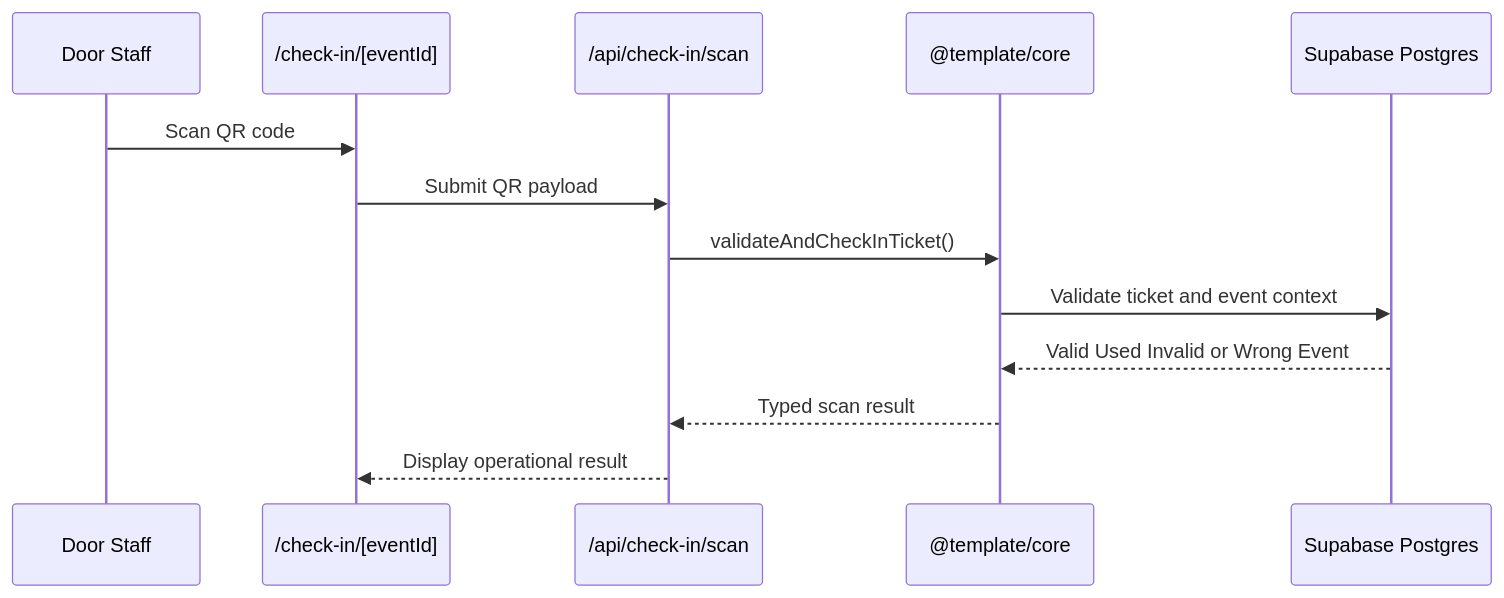
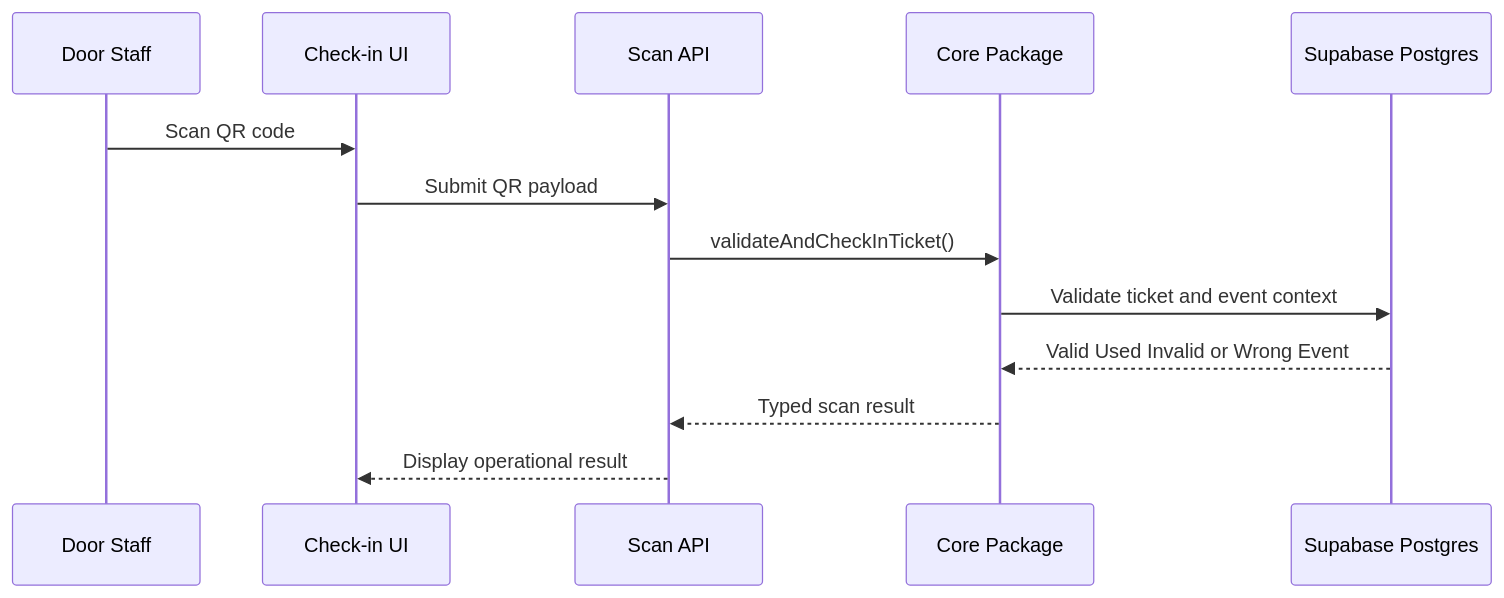
One commit to dtaborda/startup-saas-template changed the seventh of 8 diagrams in docs/tickets/salaticket-monorepo-architecture.md. Above: the diagram before and after it, drawn with Mermaid. The commit also changed other lines of this file, not shown here.

Commit message:
docs(tickets): fix Mermaid rendering compatibility

````diff
--- a/docs/tickets/salaticket-monorepo-architecture.md
+++ b/docs/tickets/salaticket-monorepo-architecture.md
@@ -285,16 +285,16 @@
 ```mermaid
 sequenceDiagram
     participant Staff as Door Staff
-    participant CheckinUI as /check-in/[eventId]
-    participant API as /api/check-in/scan
-    participant Core as @template/core
+    participant CheckinUI as Check-in UI
+    participant API as Scan API
+    participant Core as Core Package
     participant DB as Supabase Postgres
 
     Staff->>CheckinUI: Scan QR code
     CheckinUI->>API: Submit QR payload
     API->>Core: validateAndCheckInTicket()
     Core->>DB: Validate ticket and event context
     DB-->>Core: Valid Used Invalid or Wrong Event
     Core-->>API: Typed scan result
     API-->>CheckinUI: Display operational result
 ```
````
